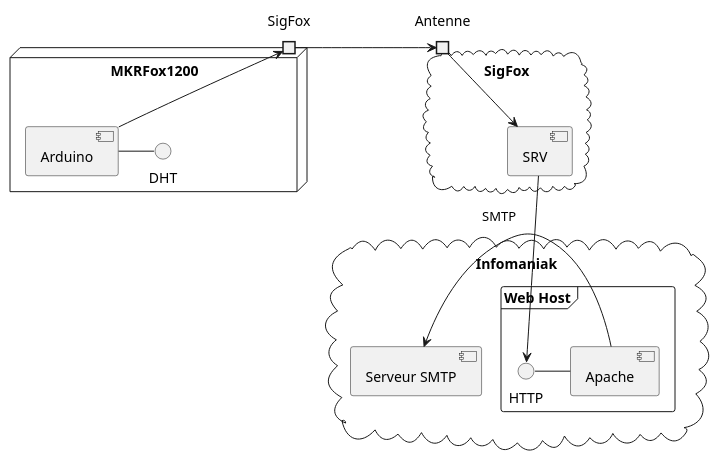
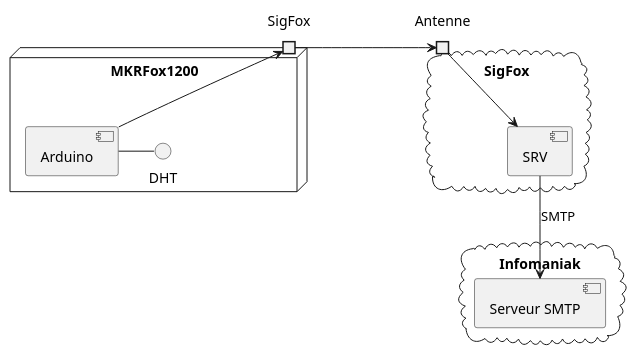
Before and after one commit to divtec-cejef/2023-cch-32-iot-arduino-drafolin: the diagram in doc/images/mail.puml, drawn with PlantUML. The commit also changed 1 other file, not shown here.

```diff
--- a/doc/images/mail.puml
+++ b/doc/images/mail.puml
@@ -1,24 +1,19 @@
 @startuml MailScheme
 
 node MKRFox1200 {
 	port SigFox
 	[Arduino] -> SigFox
 	DHT - [Arduino]
 }
 
 cloud SigFox as SigFoxCloud {
 	portin Antenne
 	SigFox -> Antenne
-	Antenne -> [SRV]
+	Antenne --> [SRV]
 }
 
 cloud Infomaniak {
-	frame "Web Host" {
-		SRV-->HTTP
-		HTTP - [Apache]
-	}
-
-	[Apache] -> [Serveur SMTP]: SMTP
+	[SRV] --> [Serveur SMTP]: SMTP
 }
 
 @enduml
```
